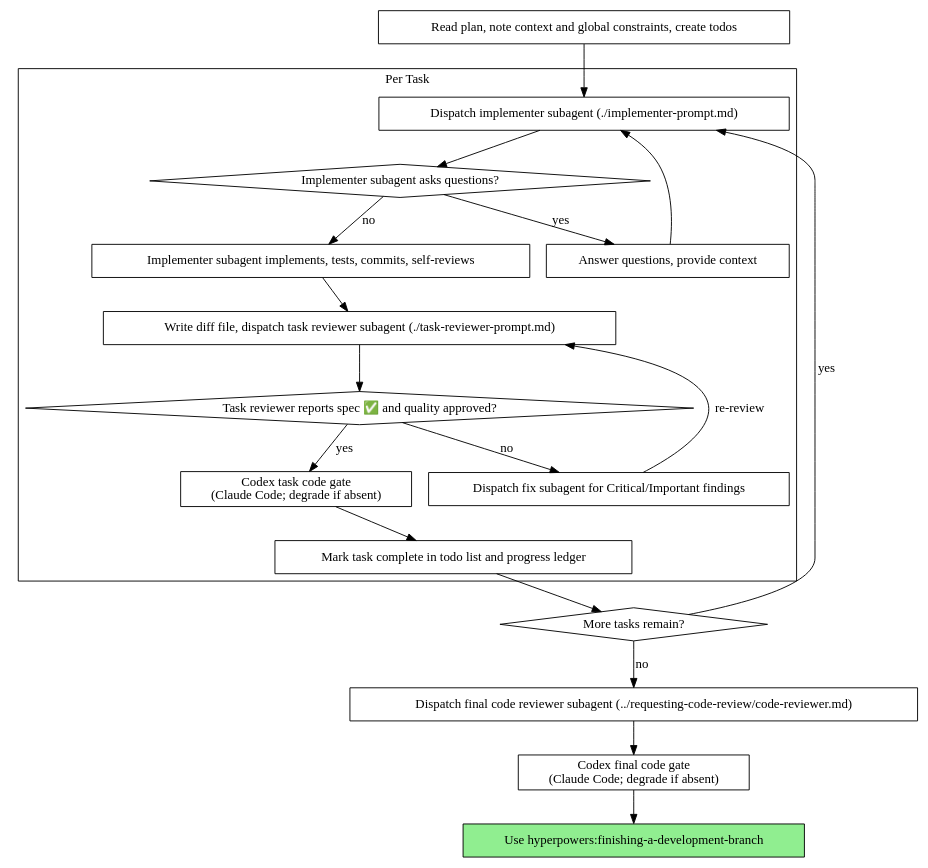
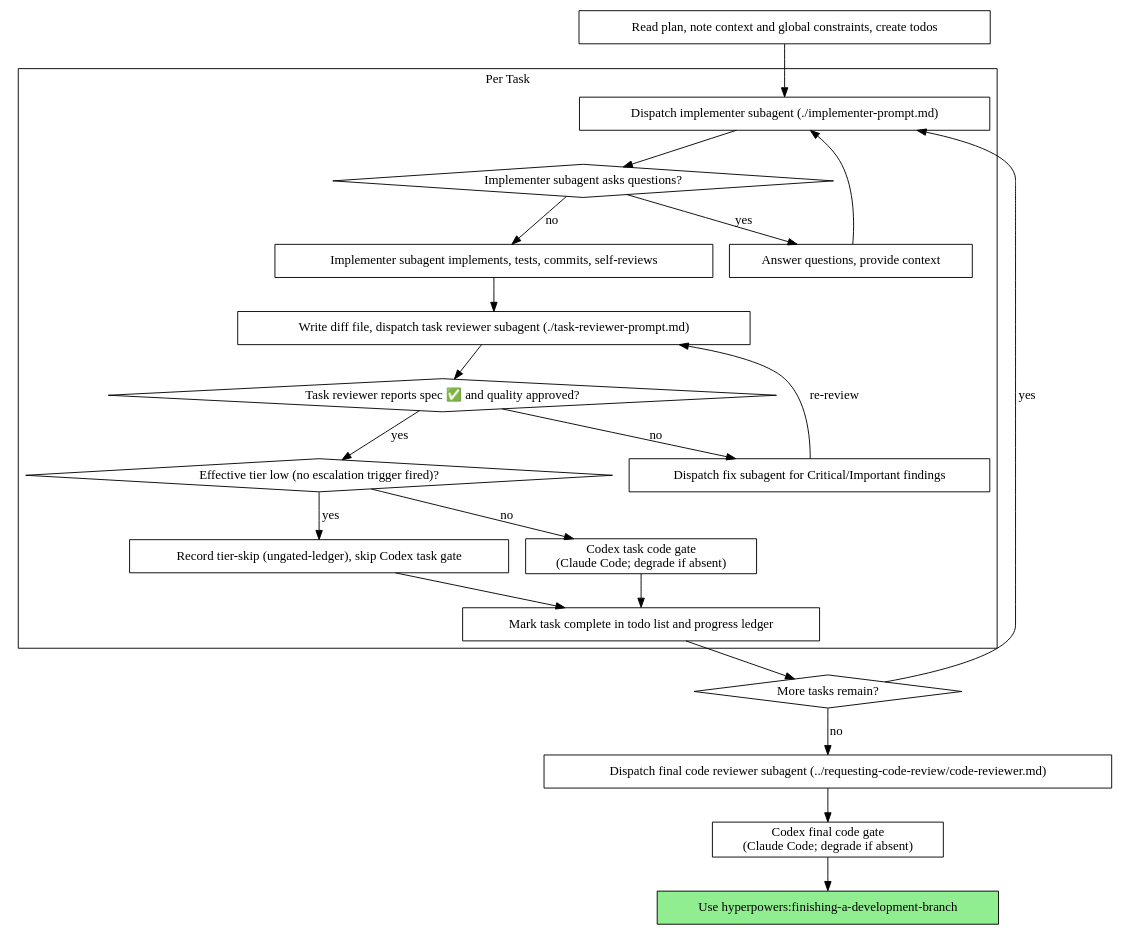
The second of 2 diagrams in skills/subagent-driven-development/SKILL.md (scott-arne/hyperpowers), drawn with Graphviz before and after one commit. The commit also changed other lines of this file and 2 other files, not shown here.

Commit message:
fix(sdd,plans): effective-tier preconditions everywhere; unreviewed low tiers demote; diagram skip path

````diff
--- a/skills/subagent-driven-development/SKILL.md
+++ b/skills/subagent-driven-development/SKILL.md
@@ -47,41 +47,46 @@
 ```dot
 digraph process {
     rankdir=TB;
 
     subgraph cluster_per_task {
         label="Per Task";
         "Dispatch implementer subagent (./implementer-prompt.md)" [shape=box];
         "Implementer subagent asks questions?" [shape=diamond];
         "Answer questions, provide context" [shape=box];
         "Implementer subagent implements, tests, commits, self-reviews" [shape=box];
         "Write diff file, dispatch task reviewer subagent (./task-reviewer-prompt.md)" [shape=box];
         "Task reviewer reports spec ✅ and quality approved?" [shape=diamond];
         "Dispatch fix subagent for Critical/Important findings" [shape=box];
+        "Effective tier low (no escalation trigger fired)?" [shape=diamond];
+        "Record tier-skip (ungated-ledger), skip Codex task gate" [shape=box];
         "Mark task complete in todo list and progress ledger" [shape=box];
         "Codex task code gate\n(Claude Code; degrade if absent)" [shape=box];
     }
 
     "Read plan, note context and global constraints, create todos" [shape=box];
     "More tasks remain?" [shape=diamond];
     "Dispatch final code reviewer subagent (../requesting-code-review/code-reviewer.md)" [shape=box];
     "Use hyperpowers:finishing-a-development-branch" [shape=box style=filled fillcolor=lightgreen];
     "Codex final code gate\n(Claude Code; degrade if absent)" [shape=box];
 
     "Read plan, note context and global constraints, create todos" -> "Dispatch implementer subagent (./implementer-prompt.md)";
     "Dispatch implementer subagent (./implementer-prompt.md)" -> "Implementer subagent asks questions?";
     "Implementer subagent asks questions?" -> "Answer questions, provide context" [label="yes"];
     "Answer questions, provide context" -> "Dispatch implementer subagent (./implementer-prompt.md)";
     "Implementer subagent asks questions?" -> "Implementer subagent implements, tests, commits, self-reviews" [label="no"];
     "Implementer subagent implements, tests, commits, self-reviews" -> "Write diff file, dispatch task reviewer subagent (./task-reviewer-prompt.md)";
     "Write diff file, dispatch task reviewer subagent (./task-reviewer-prompt.md)" -> "Task reviewer reports spec ✅ and quality approved?";
     "Task reviewer reports spec ✅ and quality approved?" -> "Dispatch fix subagent for Critical/Important findings" [label="no"];
     "Dispatch fix subagent for Critical/Important findings" -> "Write diff file, dispatch task reviewer subagent (./task-reviewer-prompt.md)" [label="re-review"];
-    "Task reviewer reports spec ✅ and quality approved?" -> "Codex task code gate\n(Claude Code; degrade if absent)" [label="yes"];
+    "Task reviewer reports spec ✅ and quality approved?" -> "Effective tier low (no escalation trigger fired)?" [label="yes"];
+    "Effective tier low (no escalation trigger fired)?" -> "Record tier-skip (ungated-ledger), skip Codex task gate" [label="yes"];
+    "Record tier-skip (ungated-ledger), skip Codex task gate" -> "Mark task complete in todo list and progress ledger";
+    "Effective tier low (no escalation trigger fired)?" -> "Codex task code gate\n(Claude Code; degrade if absent)" [label="no"];
     "Codex task code gate\n(Claude Code; degrade if absent)" -> "Mark task complete in todo list and progress ledger";
     "Mark task complete in todo list and progress ledger" -> "More tasks remain?";
     "More tasks remain?" -> "Dispatch implementer subagent (./implementer-prompt.md)" [label="yes"];
     "More tasks remain?" -> "Dispatch final code reviewer subagent (../requesting-code-review/code-reviewer.md)" [label="no"];
     "Dispatch final code reviewer subagent (../requesting-code-review/code-reviewer.md)" -> "Codex final code gate\n(Claude Code; degrade if absent)";
     "Codex final code gate\n(Claude Code; degrade if absent)" -> "Use hyperpowers:finishing-a-development-branch";
 }
 ```
````
